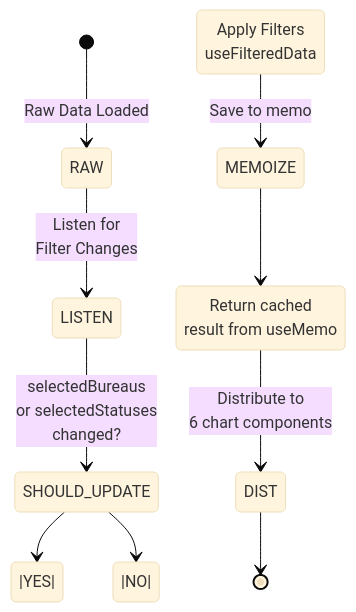
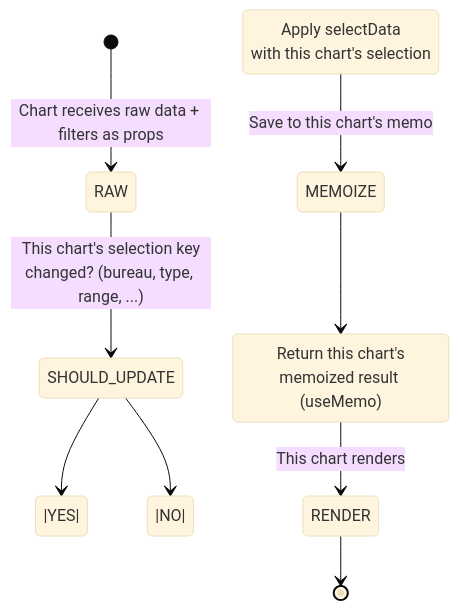
The tenth of 16 diagrams in ARCHITECTURE.md (RetroHazard/JP_Immigration_Dashboard), drawn with Mermaid (base theme) before and after one commit. The commit also changed other lines of this file and 239 other files, not shown here.

````diff
--- a/ARCHITECTURE.md
+++ b/ARCHITECTURE.md
@@ -375,17 +411,15 @@
 ```mermaid
 stateDiagram-v2
-    [*] --> RAW: Raw Data Loaded
-    
-    RAW --> LISTEN: Listen for<br/>Filter Changes
-    
-    LISTEN --> SHOULD_UPDATE: selectedBureaus<br/>or selectedStatuses<br/>changed?
-    
-    SHOULD_UPDATE --> |YES| FILTER: Apply Filters<br/>useFilteredData
-    SHOULD_UPDATE --> |NO| CACHE: Return cached<br/>result from useMemo
-    
-    FILTER --> MEMOIZE: Save to memo
+    [*] --> RAW: Chart receives raw data + filters as props
+
+    RAW --> SHOULD_UPDATE: This chart's selection key<br/>changed? (bureau, type, range, ...)
+
+    SHOULD_UPDATE --> |YES| FILTER: Apply selectData<br/>with this chart's selection
+    SHOULD_UPDATE --> |NO| CACHE: Return this chart's<br/>memoized result (useMemo)
+
+    FILTER --> MEMOIZE: Save to this chart's memo
     MEMOIZE --> CACHE
-    
-    CACHE --> DIST: Distribute to<br/>6 chart components
-    DIST --> [*]
+
+    CACHE --> RENDER: This chart renders
+    RENDER --> [*]
 ```
````
